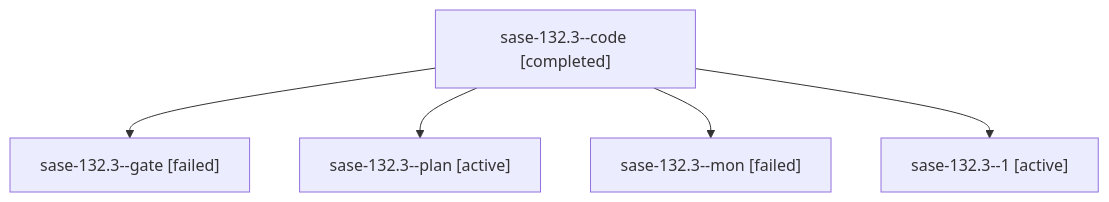
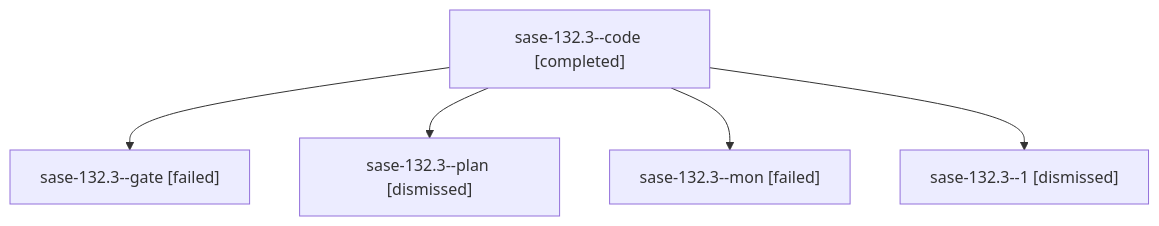
The diagram in sessions/bbugyi200.athena.sase-132.3.md (sase-org/sase--agents), drawn with Mermaid before and after one commit. The commit also changed other lines of this file and 219 other files, not shown here.

````diff
--- a/sessions/bbugyi200.athena.sase-132.3.md
+++ b/sessions/bbugyi200.athena.sase-132.3.md
@@ -9,12 +9,12 @@
 ```mermaid
 flowchart TD
   n0["sase-132.3--code [completed]"]
   n1["sase-132.3--gate [failed]"]
   n0 --> n1
-  n2["sase-132.3--plan [active]"]
+  n2["sase-132.3--plan [dismissed]"]
   n0 --> n2
   n3["sase-132.3--mon [failed]"]
   n0 --> n3
-  n4["sase-132.3--1 [active]"]
+  n4["sase-132.3--1 [dismissed]"]
   n0 --> n4
 ```
````
